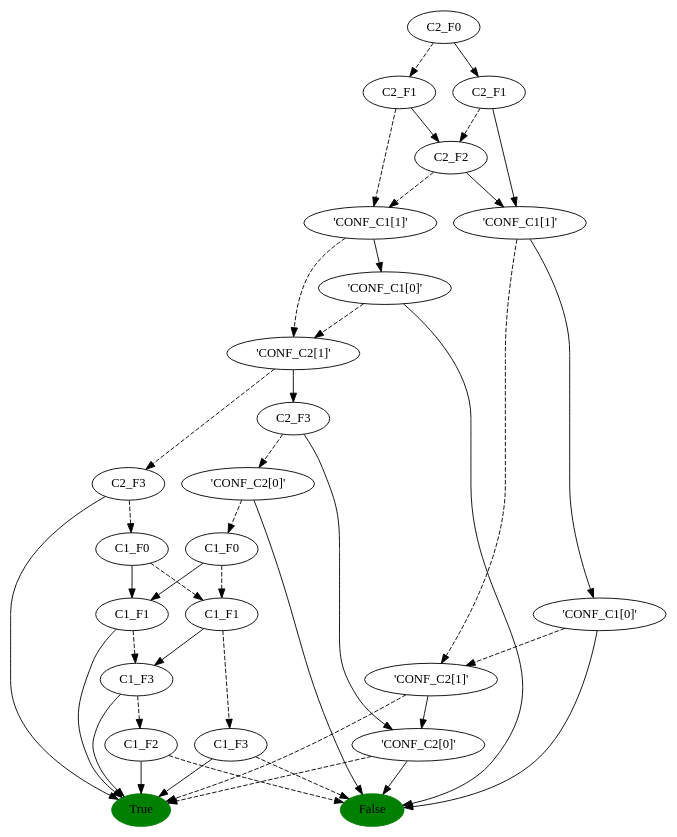
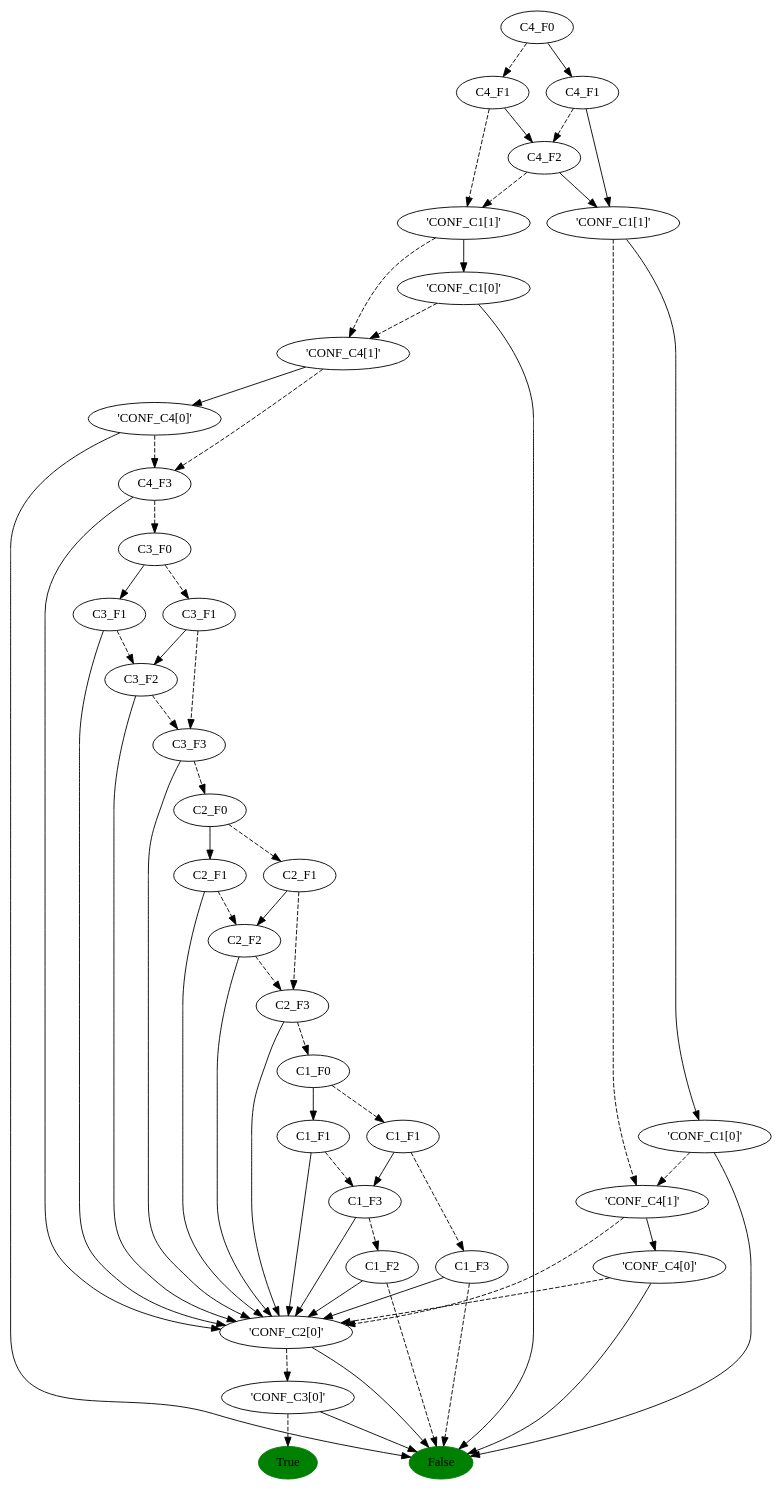
Before and after one commit to giulitu95/DSE-Reliability-Analysis: the diagram in bdd.dot, drawn with Graphviz. The commit also changed 15 other files, not shown here.

```diff
--- a/bdd.dot
+++ b/bdd.dot
@@ -1,72 +1,102 @@
 digraph "" {
 	node [label="\N"];
 	-1	[color=green,
 		label=True,
 		style=filled];
 	-2	[color=green,
 		label=False,
 		style=filled];
-	0	[label=C2_F0];
-	1	[label=C2_F1];
+	0	[label=C4_F0];
+	1	[label=C4_F1];
 	0 -> 1	[style=dashed];
-	20	[label=C2_F1];
-	0 -> 20	[style=solid];
+	30	[label=C4_F1];
+	0 -> 30	[style=solid];
 	2	[label="'CONF_C1[1]'"];
 	1 -> 2	[style=dashed];
-	16	[label=C2_F2];
-	1 -> 16	[style=solid];
-	3	[label="'CONF_C2[1]'"];
+	25	[label=C4_F2];
+	1 -> 25	[style=solid];
+	3	[label="'CONF_C4[1]'"];
 	2 -> 3	[style=dashed];
-	15	[label="'CONF_C1[0]'"];
-	2 -> 15	[style=solid];
-	4	[label=C2_F3];
+	24	[label="'CONF_C1[0]'"];
+	2 -> 24	[style=solid];
+	4	[label=C4_F3];
 	3 -> 4	[style=dashed];
-	11	[label=C2_F3];
-	3 -> 11	[style=solid];
-	4 -> -1	[style=solid];
-	5	[label=C1_F0];
+	23	[label="'CONF_C4[0]'"];
+	3 -> 23	[style=solid];
+	5	[label=C3_F0];
 	4 -> 5	[style=dashed];
-	6	[label=C1_F1];
+	14	[label="'CONF_C2[0]'"];
+	4 -> 14	[style=solid];
+	6	[label=C3_F1];
 	5 -> 6	[style=dashed];
-	10	[label=C1_F1];
-	5 -> 10	[style=solid];
-	7	[label=C1_F3];
+	22	[label=C3_F1];
+	5 -> 22	[style=solid];
+	7	[label=C3_F3];
 	6 -> 7	[style=dashed];
-	8	[label=C1_F3];
-	6 -> 8	[style=solid];
-	7 -> -1	[style=solid];
-	7 -> -2	[style=dashed];
-	8 -> -1	[style=solid];
-	9	[label=C1_F2];
+	21	[label=C3_F2];
+	6 -> 21	[style=solid];
+	8	[label=C2_F0];
+	7 -> 8	[style=dashed];
+	7 -> 14	[style=solid];
+	9	[label=C2_F1];
 	8 -> 9	[style=dashed];
-	9 -> -1	[style=solid];
-	9 -> -2	[style=dashed];
-	10 -> -1	[style=solid];
-	10 -> 8	[style=dashed];
-	12	[label="'CONF_C2[0]'"];
+	20	[label=C2_F1];
+	8 -> 20	[style=solid];
+	10	[label=C2_F3];
+	9 -> 10	[style=dashed];
+	19	[label=C2_F2];
+	9 -> 19	[style=solid];
+	11	[label=C1_F0];
+	10 -> 11	[style=dashed];
+	10 -> 14	[style=solid];
+	12	[label=C1_F1];
 	11 -> 12	[style=dashed];
-	14	[label="'CONF_C2[0]'"];
-	11 -> 14	[style=solid];
-	12 -> -2	[style=solid];
-	13	[label=C1_F0];
+	18	[label=C1_F1];
+	11 -> 18	[style=solid];
+	13	[label=C1_F3];
 	12 -> 13	[style=dashed];
-	13 -> 6	[style=dashed];
-	13 -> 10	[style=solid];
-	14 -> -1	[style=dashed];
+	16	[label=C1_F3];
+	12 -> 16	[style=solid];
+	13 -> -2	[style=dashed];
+	13 -> 14	[style=solid];
 	14 -> -2	[style=solid];
+	15	[label="'CONF_C3[0]'"];
+	14 -> 15	[style=dashed];
+	15 -> -1	[style=dashed];
 	15 -> -2	[style=solid];
-	15 -> 3	[style=dashed];
-	16 -> 2	[style=dashed];
-	17	[label="'CONF_C1[1]'"];
-	16 -> 17	[style=solid];
-	18	[label="'CONF_C2[1]'"];
-	17 -> 18	[style=dashed];
-	19	[label="'CONF_C1[0]'"];
-	17 -> 19	[style=solid];
-	18 -> -1	[style=dashed];
+	16 -> 14	[style=solid];
+	17	[label=C1_F2];
+	16 -> 17	[style=dashed];
+	17 -> -2	[style=dashed];
+	17 -> 14	[style=solid];
 	18 -> 14	[style=solid];
-	19 -> -2	[style=solid];
-	19 -> 18	[style=dashed];
-	20 -> 16	[style=dashed];
-	20 -> 17	[style=solid];
+	18 -> 16	[style=dashed];
+	19 -> 10	[style=dashed];
+	19 -> 14	[style=solid];
+	20 -> 14	[style=solid];
+	20 -> 19	[style=dashed];
+	21 -> 7	[style=dashed];
+	21 -> 14	[style=solid];
+	22 -> 14	[style=solid];
+	22 -> 21	[style=dashed];
+	23 -> -2	[style=solid];
+	23 -> 4	[style=dashed];
+	24 -> -2	[style=solid];
+	24 -> 3	[style=dashed];
+	25 -> 2	[style=dashed];
+	26	[label="'CONF_C1[1]'"];
+	25 -> 26	[style=solid];
+	27	[label="'CONF_C4[1]'"];
+	26 -> 27	[style=dashed];
+	29	[label="'CONF_C1[0]'"];
+	26 -> 29	[style=solid];
+	27 -> 14	[style=dashed];
+	28	[label="'CONF_C4[0]'"];
+	27 -> 28	[style=solid];
+	28 -> -2	[style=solid];
+	28 -> 14	[style=dashed];
+	29 -> -2	[style=solid];
+	29 -> 27	[style=dashed];
+	30 -> 25	[style=dashed];
+	30 -> 26	[style=solid];
 }
```
